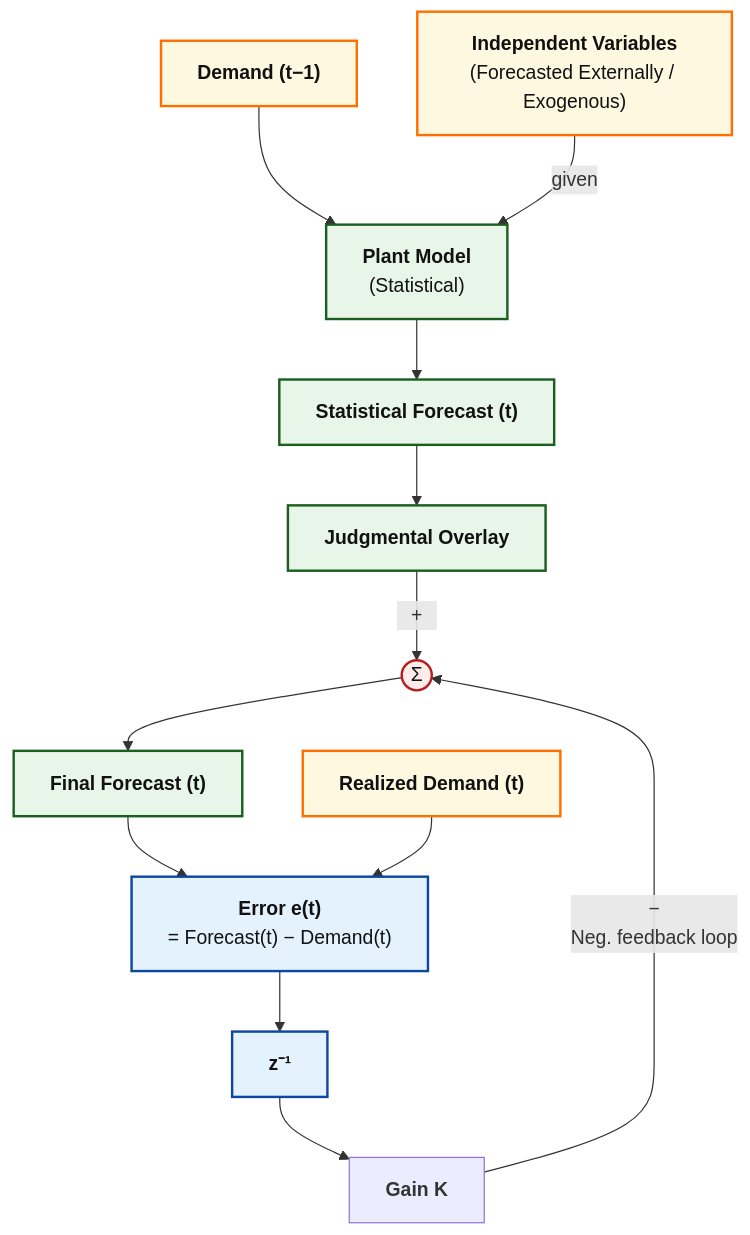
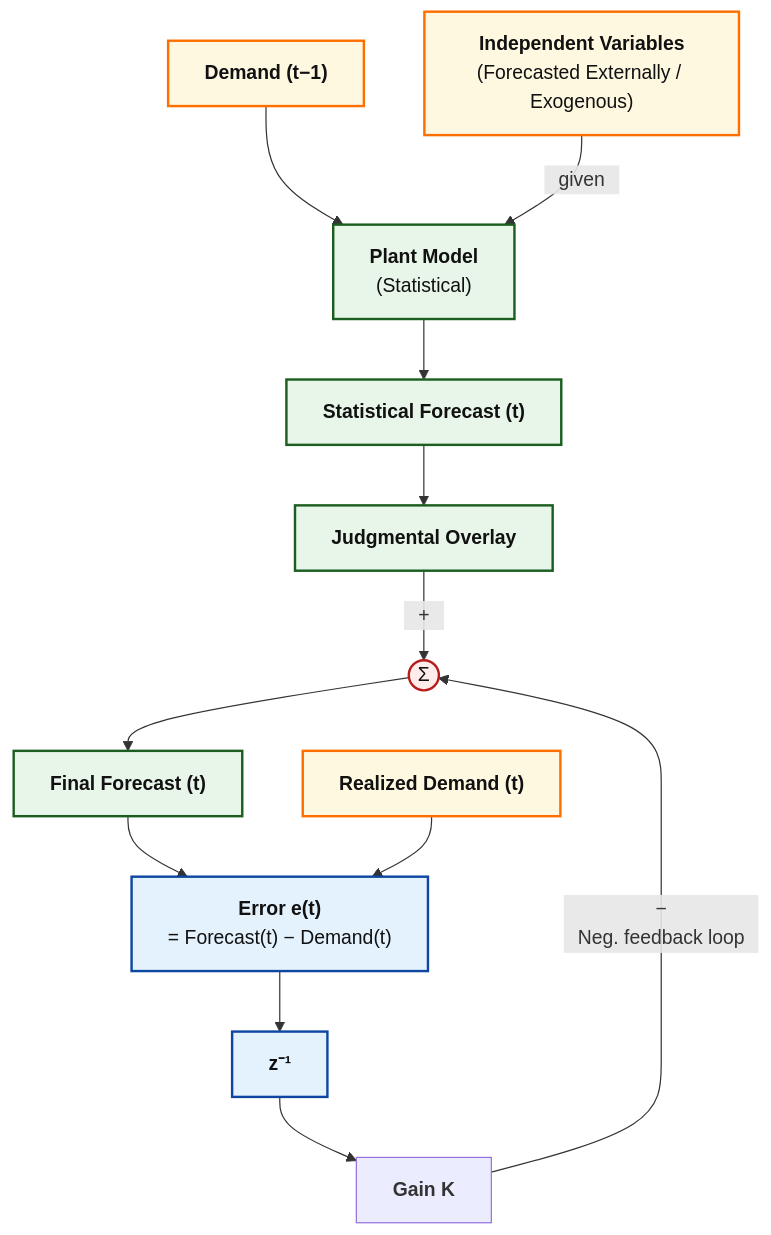
One commit to Tellusant/docs changed the diagram in articles-posts/judgmental-mechanical.md. Above: the diagram before and after it, drawn with Mermaid.

```diff
--- a/articles-posts/judgmental-mechanical.md
+++ b/articles-posts/judgmental-mechanical.md
@@ -20,51 +20,51 @@
 <div class="mermaid">
   
 flowchart TD
 
 %%{init: {'themeVariables': { 'fontFamily': 'Arial'}}}%%
 %% ===== Inputs =====
 D1["`**Demand (t−1)**`"]:::mixed
 X["`**Independent Variables**<br/>(Forecasted Externally / Exogenous)`"]:::mixed
 
 %% ===== Baseline model =====
 M["`**Plant Model**<br/>(Statistical)`"]:::strong
 S["`**Statistical Forecast (t)**`"]:::strong
 
 %% ===== Judgment and correction =====
 J["`**Judgmental Overlay**`"]:::strong
 Sum((Σ)):::risk
 K["`**Gain K**`"]
 F["`**Final Forecast (t)**`"]:::strong
 
 %% ===== Realized demand =====
 R["`**Realized Demand (t)**`"]:::mixed
 
 %% ===== Error and delay =====
 E["`**Error e(t)**<br/>= Forecast(t) − Demand(t)`"]:::neutral
 Delay["`**z⁻¹**`"]:::neutral
 
 %% ===== Forward path =====
 D1 --> M
-X -->|given| M
+X -->|⠀given⠀| M
 M --> S
 S --> J
 J -->|⠀+⠀| Sum
 Sum --> F
 
 %% ===== Error computation =====
 F --> E
 R --> E
 
 %% ===== Feedback =====
 E --> Delay
 Delay --> K
-K -->|−<br/>Neg. feedback loop| Sum
+K -->|−<br/>⠀Neg. feedback loop⠀| Sum
 
 %% ========= STYLES =========
 classDef strong  fill:#E8F5E9,stroke:#1B5E20,stroke-width:2px,color:#111;
 classDef neutral fill:#E3F2FD,stroke:#0D47A1,stroke-width:2px,color:#111;
 classDef mixed   fill:#FFF8E1,stroke:#FF6F00,stroke-width:2px,color:#111;
 classDef risk    fill:#FDECEA,stroke:#B71C1C,stroke-width:2px,color:#111;
 classDef summary fill:#F5F5F5,stroke:#424242,stroke-width:2px,color:#111;
 
 </div>
```
